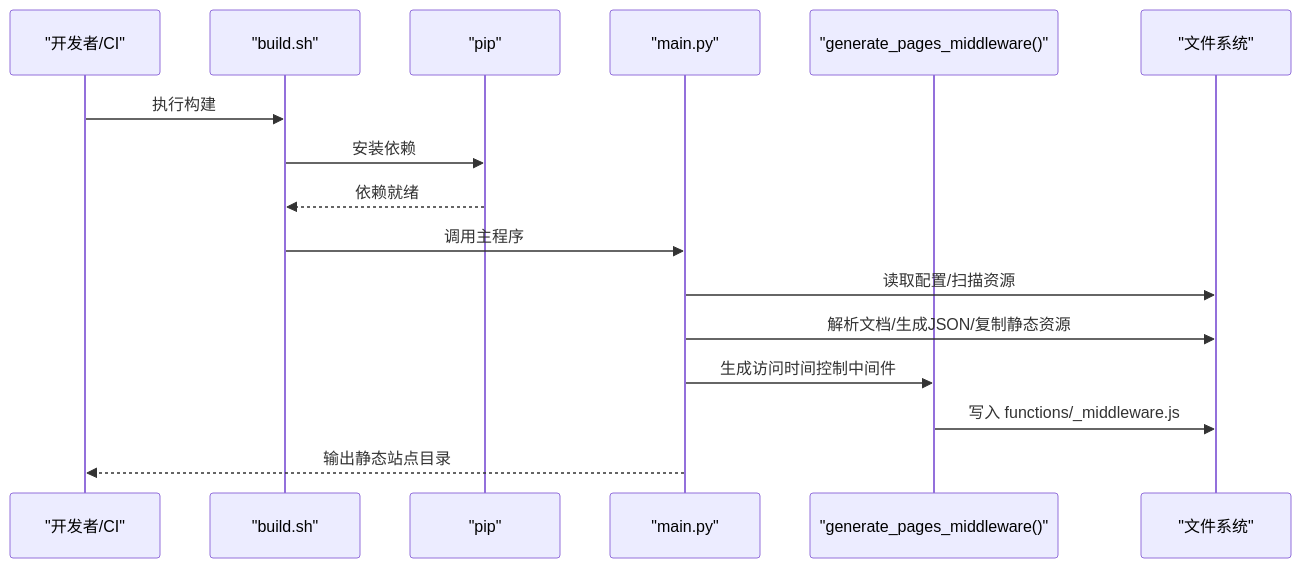
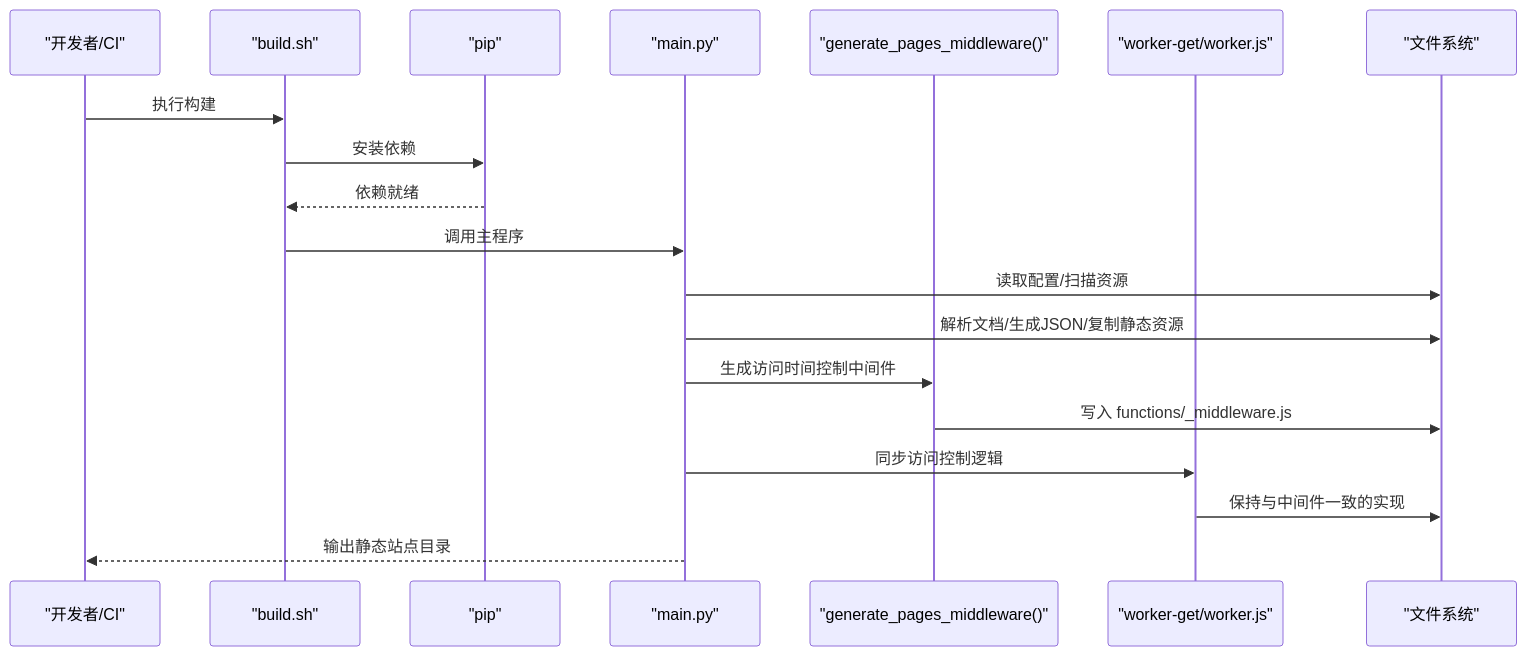
One commit to zhao-zg/cx changed the second of 5 diagrams in .qoder/repowiki/zh/content/部署发布/自动化部署脚本.md. Above: the diagram before and after it, drawn with Mermaid. The commit also changed other lines of this file and 34 other files, not shown here.

````diff
--- a/.qoder/repowiki/zh/content/部署发布/自动化部署脚本.md
+++ b/.qoder/repowiki/zh/content/部署发布/自动化部署脚本.md
@@ -145,18 +157,21 @@
 ```mermaid
 sequenceDiagram
 participant Dev as "开发者/CI"
 participant Build as "build.sh"
 participant Pip as "pip"
 participant Py as "main.py"
 participant MW as "generate_pages_middleware()"
+participant W as "worker-get/worker.js"
 participant FS as "文件系统"
 Dev->>Build : 执行构建
 Build->>Pip : 安装依赖
 Pip-->>Build : 依赖就绪
 Build->>Py : 调用主程序
 Py->>FS : 读取配置/扫描资源
 Py->>FS : 解析文档/生成JSON/复制静态资源
 Py->>MW : 生成访问时间控制中间件
 MW->>FS : 写入 functions/_middleware.js
+Py->>W : 同步访问控制逻辑
+W->>FS : 保持与中间件一致的实现
 Py-->>Dev : 输出静态站点目录
 ```
````
